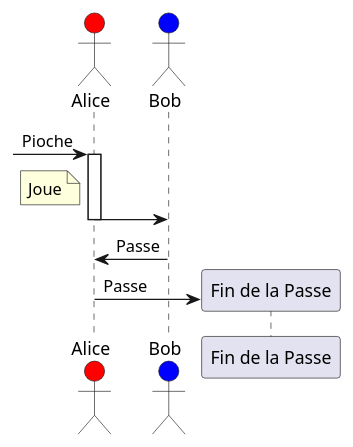
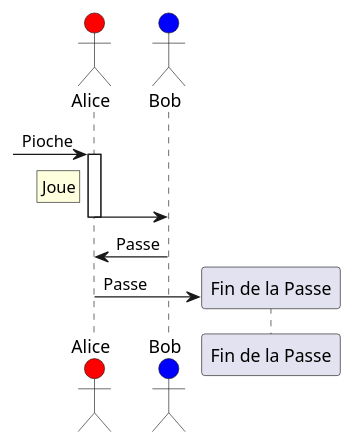
The fourth of 7 diagrams in sphérier/référence/phases-de-jeu/combat.md (de-dale/wiki), drawn with PlantUML before and after one commit. The commit also changed other lines of this file, not shown here.

````diff
--- a/sphérier/référence/phases-de-jeu/combat.md
+++ b/sphérier/référence/phases-de-jeu/combat.md
@@ -170,11 +169,11 @@
 ```plantuml
 actor Alice #red
 actor Bob #blue
 [-> Alice ++ : Pioche
 
-note left of Alice: Joue
+rnote left of Alice: Joue
 Alice -> Bob --
 
 Bob -> Alice : Passe
 Alice -> "Fin de la Passe" ** : Passe
 ```
````
